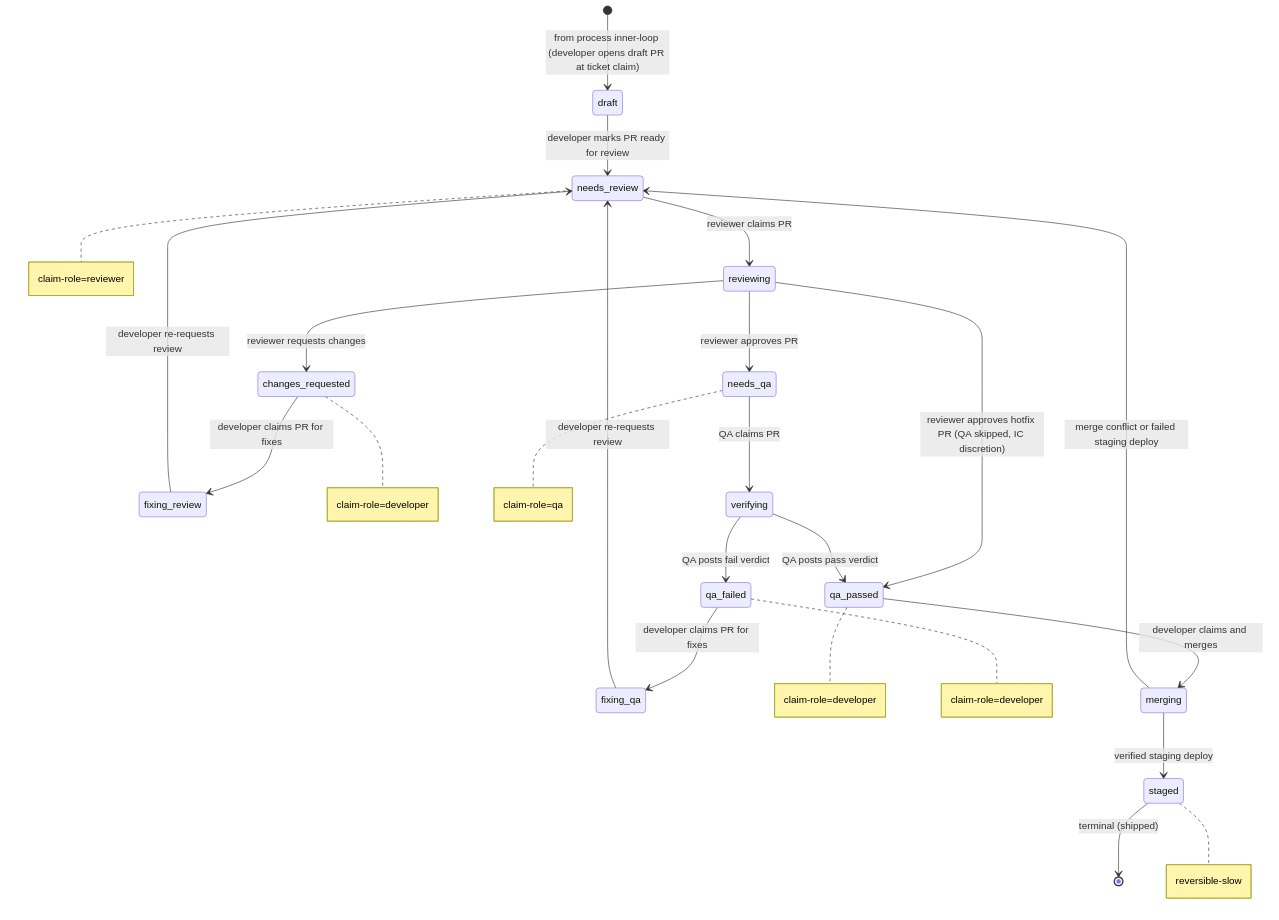
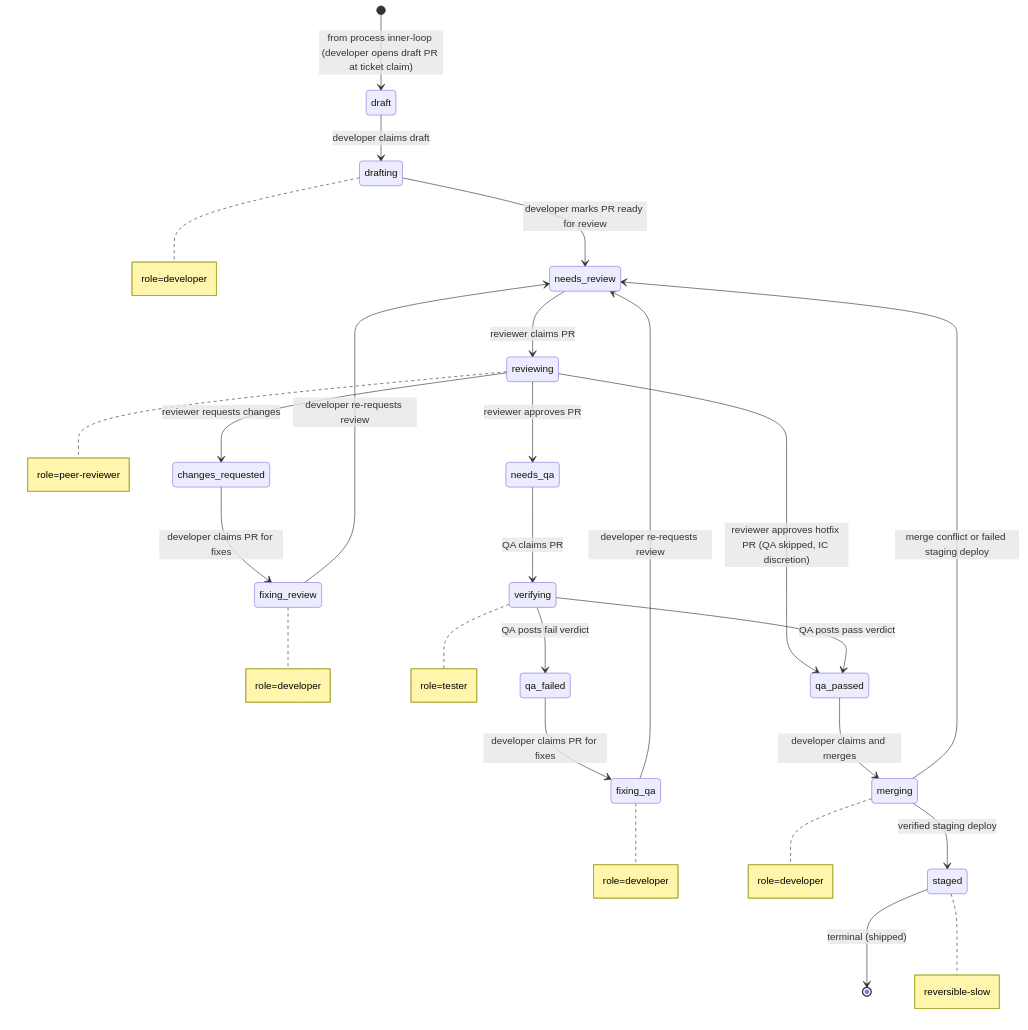
The diagram in examples/workflows/pr.md (blemees/blemees-workflow), drawn with Mermaid before and after one commit. The commit also changed other lines of this file and 65 other files, not shown here.

````diff
--- a/examples/workflows/pr.md
+++ b/examples/workflows/pr.md
@@ -11,31 +11,33 @@
 ```mermaid
 stateDiagram-v2
     %% Cross-process interfaces:
     %%   Entry (spawn ): draft from process inner-loop
     %%
 
     [*] --> draft: from process inner-loop (developer opens draft PR at ticket claim)
-    draft --> needs_review: developer marks PR ready for review
+    draft --> drafting: developer claims draft
+    drafting --> needs_review: developer marks PR ready for review
     needs_review --> reviewing: reviewer claims PR
     reviewing --> needs_qa: reviewer approves PR
     reviewing --> qa_passed: reviewer approves hotfix PR (QA skipped, IC discretion)
     reviewing --> changes_requested: reviewer requests changes
     changes_requested --> fixing_review: developer claims PR for fixes
     fixing_review --> needs_review: developer re-requests review
     needs_qa --> verifying: QA claims PR
     verifying --> qa_passed: QA posts pass verdict
     verifying --> qa_failed: QA posts fail verdict
     qa_failed --> fixing_qa: developer claims PR for fixes
     fixing_qa --> needs_review: developer re-requests review
     qa_passed --> merging: developer claims and merges
     merging --> staged: verified staging deploy
     merging --> needs_review: merge conflict or failed staging deploy
     staged --> [*]: terminal (shipped)
 
-    note right of needs_review: claim-role=reviewer
-    note right of changes_requested: claim-role=developer
-    note right of needs_qa: claim-role=qa
-    note right of qa_passed: claim-role=developer
-    note right of qa_failed: claim-role=developer
+    note right of drafting: role=developer
+    note right of reviewing: role=peer-reviewer
+    note right of fixing_review: role=developer
+    note right of verifying: role=tester
+    note right of fixing_qa: role=developer
+    note right of merging: role=developer
     note right of staged: reversible-slow
 ```
````
